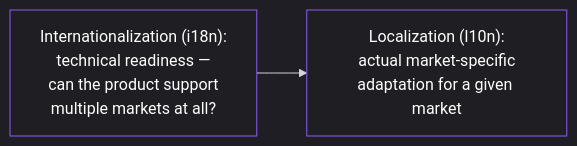
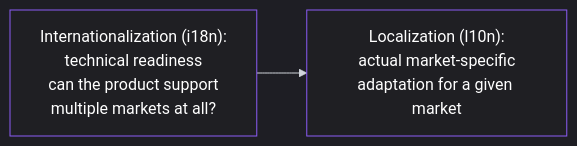
The first of 4 diagrams in content/lessons/lesson-059.md (pmacademy-app/web), drawn with Mermaid before and after one commit. The commit also changed other lines of this file and 90 other files, not shown here.

````diff
--- a/content/lessons/lesson-059.md
+++ b/content/lessons/lesson-059.md
@@ -49,34 +49,34 @@
 ```mermaid
 %%{init: {
   "theme": "dark",
   "themeVariables": {
     "background": "#0b0b0c",
     "primaryColor": "#1f1f23",
     "primaryTextColor": "#ffffff",
     "primaryBorderColor": "#8b5cf6",
     "lineColor": "#d1d5db",
     "secondaryColor": "#18181b",
     "tertiaryColor": "#111111",
     "mainBkg": "#1f1f23",
     "nodeBorder": "#8b5cf6",
     "clusterBkg": "#000000",
     "clusterBorder": "#27272a",
     "titleColor": "#ffffff",
     "edgeLabelBackground": "#0b0b0c",
     "nodeTextColor": "#ffffff",
     "edgeLabelColor": "#ffffff",
     "actorBorder": "#8b5cf6",
     "actorBkg": "#1f1f23",
     "actorTextColor": "#ffffff",
     "sequenceNumberColor": "#ffffff",
     "signalColor": "#8b5cf6",
     "signalTextColor": "#ffffff",
     "textColor": "#ffffff",
     "classText": "#ffffff",
     "classBorder": "#8b5cf6",
     "classBkg": "#1f1f23"
   }
 }}%%
 graph LR
-    A["Internationalization (i18n):<br/>technical readiness —<br/>can the product support<br/>multiple markets at all?"] --> B["Localization (l10n):<br/>actual market-specific<br/>adaptation for a given market"]
+    A["Internationalization (i18n):<br/>technical readiness <br/>can the product support<br/>multiple markets at all?"] --> B["Localization (l10n):<br/>actual market-specific<br/>adaptation for a given market"]
 ```
````
